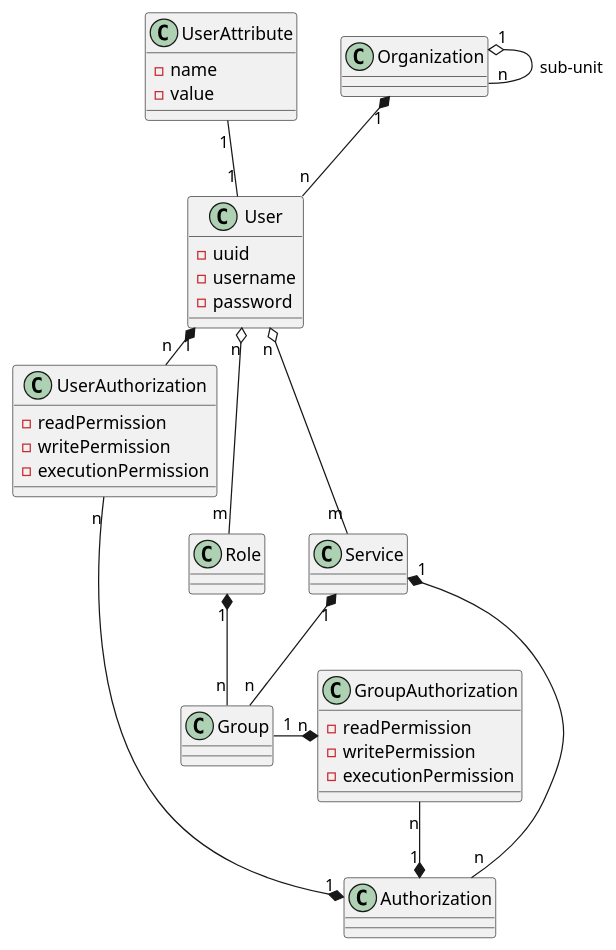
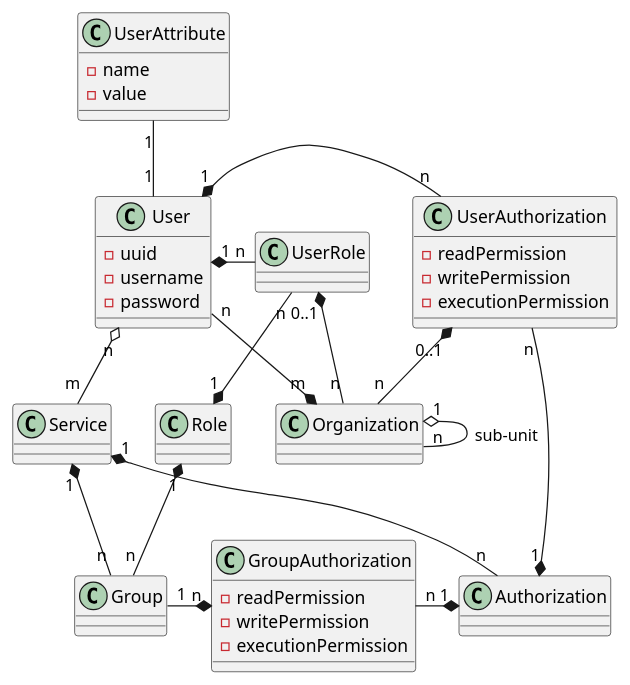
Before and after one commit to caratarse/caratarse-auth: the diagram in caratarse-auth-model/src/main/docs/ModelDiagram.puml, drawn with PlantUML. The commit also changed 67 other files, not shown here.

```diff
--- a/caratarse-auth-model/src/main/docs/ModelDiagram.puml
+++ b/caratarse-auth-model/src/main/docs/ModelDiagram.puml
@@ -1,49 +1,54 @@
 @startuml
 
 class User {
     -uuid
     -username
     -password
 }
 
 class Authorization 
 
 class UserAuthorization {
     -readPermission
     -writePermission
     -executionPermission
 }
 
 class GroupAuthorization {
     -readPermission
     -writePermission
     -executionPermission
 }
 
 class Service
 
 class Group
 
 class Role
 
 class UserAttribute {
     -name
     -value
 }
 
 class Organization
 
+class UserRole
+
 User "1" *- "n" UserAuthorization
 UserAuthorization "n" --* "1" Authorization
-User "n" o- "m" Service
+UserAuthorization "0..1" *-- "n" Organization
+User "1" *- "n" UserRole
+UserRole "n" --* "1" Role
+UserRole "0..1" *-- "n" Organization
+User "n" o-- "m" Service
 Service "1" *-- "n" Authorization
 Service "1" *-- "n" Group
 Group "1" -* "n" GroupAuthorization
-GroupAuthorization "n" --* "1" Authorization
-User "n" o-- "m" Role
+GroupAuthorization "n" -* "1" Authorization
 Role "1" *-- "n" Group
 UserAttribute "1" -- "1" User
-Organization "1" *-- "n" User
+Organization "m" *-- "n" User
 Organization "1" o-- "n" Organization : sub-unit
 
 @enduml
```
